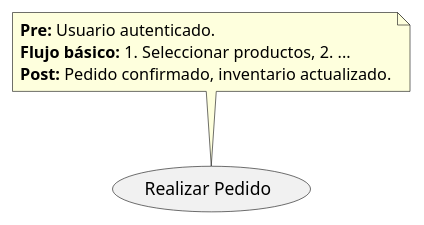
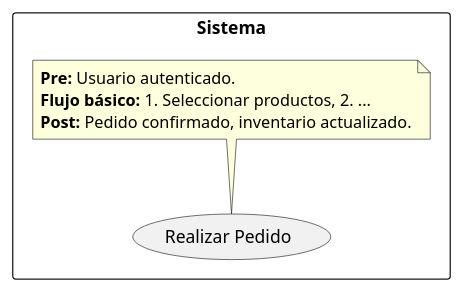
One commit to gaaguirrer/Clases changed diagram 17 of 26 in Ingeniería del Software I/Materiales/Introducción casos de uso.md. Above: the diagram before and after it, drawn with PlantUML. The commit also changed other lines of this file and 14 other files, not shown here.

````diff
--- a/Ingeniería del Software I/Materiales/Introducción casos de uso.md
+++ b/Ingeniería del Software I/Materiales/Introducción casos de uso.md
@@ -616,10 +703,12 @@
 ```plantuml
 @startuml
-usecase "Realizar Pedido" as RP
-note top of RP
-  <b>Pre:</b> Usuario autenticado.
-  <b>Flujo básico:</b> 1. Seleccionar productos, 2. ...
-  <b>Post:</b> Pedido confirmado, inventario actualizado.
-end note
+rectangle "Sistema" {
+    usecase "Realizar Pedido" as RP
+    note top of RP
+      <b>Pre:</b> Usuario autenticado.
+      <b>Flujo básico:</b> 1. Seleccionar productos, 2. ...
+      <b>Post:</b> Pedido confirmado, inventario actualizado.
+    end note
+}
 @enduml
 ```
````
